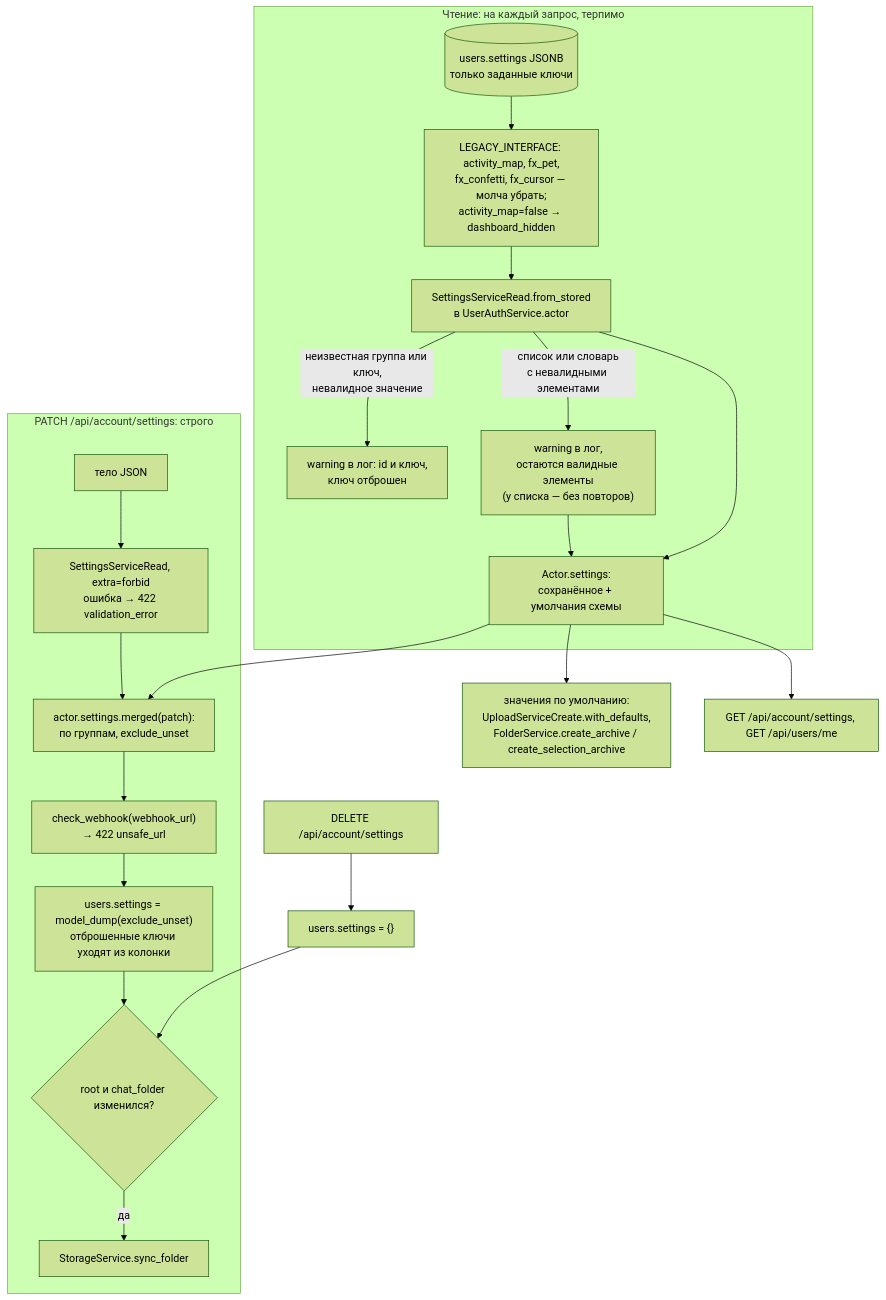
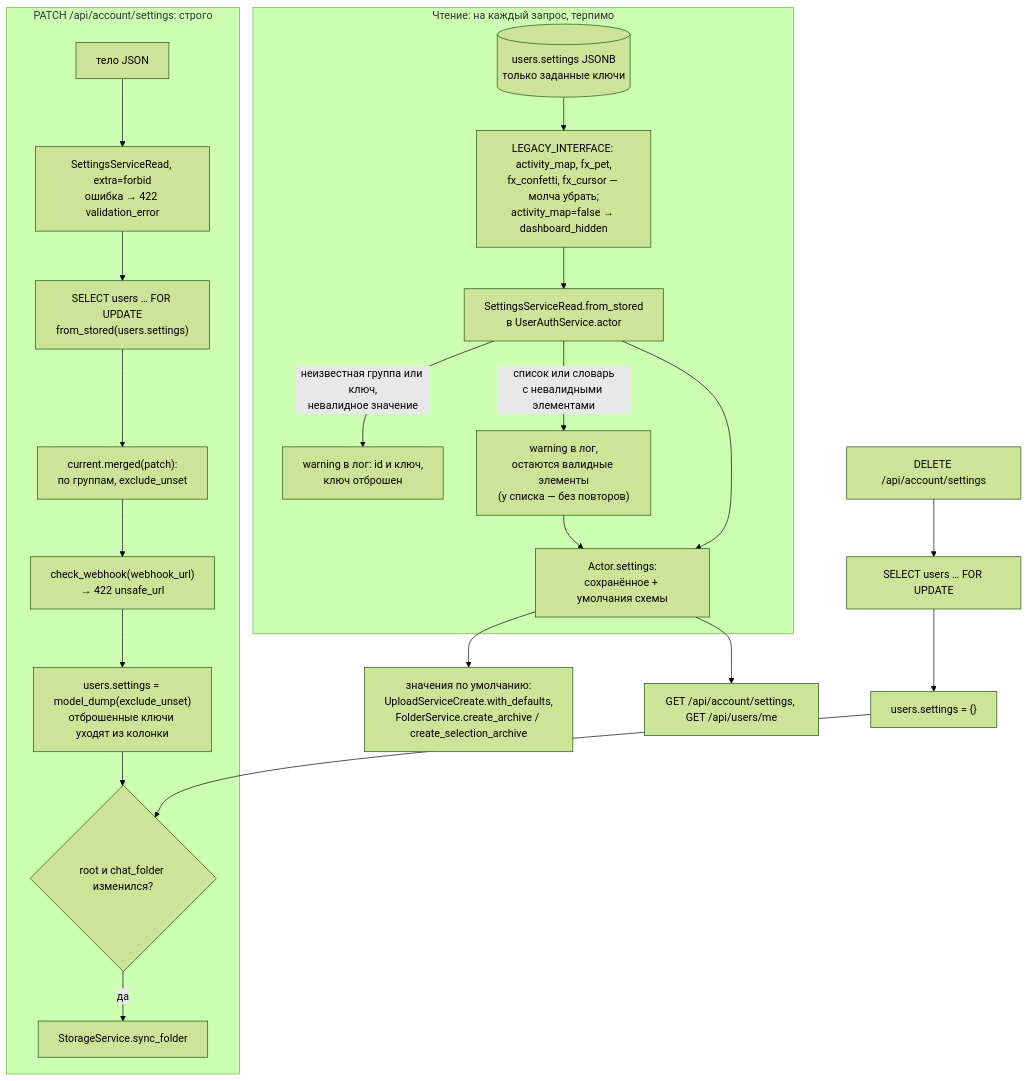
Before and after one commit to NikitkaZXC/tcloud-backend: the diagram in docs/flows/settings.md, drawn with Mermaid (forest theme). The commit also changed other lines of this file and 4 other files, not shown here.

Commit message:
fix: settings PATCH merges into the row locked FOR UPDATE so concurrent patches keep every key

````diff
--- a/docs/flows/settings.md
+++ b/docs/flows/settings.md
@@ -31,25 +31,25 @@
 ```mermaid
 flowchart TD
     subgraph load["Чтение: на каждый запрос, терпимо"]
         db[("users.settings JSONB<br/>только заданные ключи")]
         fs["SettingsServiceRead.from_stored<br/>в UserAuthService.actor"]
         db --> legacy["LEGACY_INTERFACE: activity_map, fx_pet,<br/>fx_confetti, fx_cursor — молча убрать;<br/>activity_map=false → dashboard_hidden"]
         legacy --> fs
         fs -->|"неизвестная группа или ключ,<br/>невалидное значение"| warn["warning в лог: id и ключ,<br/>ключ отброшен"]
         fs -->|"список или словарь<br/>с невалидными элементами"| items["warning в лог,<br/>остаются валидные элементы<br/>(у списка — без повторов)"]
         items --> actor
         fs --> actor["Actor.settings:<br/>сохранённое + умолчания схемы"]
     end
     subgraph write["PATCH /api/account/settings: строго"]
         body["тело JSON"] --> strict["SettingsServiceRead, extra=forbid<br/>ошибка → 422 validation_error"]
-        strict --> merge["actor.settings.merged(patch):<br/>по группам, exclude_unset"]
+        strict --> lock["SELECT users … FOR UPDATE<br/>from_stored(users.settings)"]
+        lock --> merge["current.merged(patch):<br/>по группам, exclude_unset"]
         merge --> wh["check_webhook(webhook_url)<br/>→ 422 unsafe_url"]
         wh --> save["users.settings = model_dump(exclude_unset)<br/>отброшенные ключи уходят из колонки"]
         save --> chg{"root и chat_folder изменился?"}
         chg -->|да| sync["StorageService.sync_folder"]
     end
-    reset["DELETE /api/account/settings"] --> zero["users.settings = {}"] --> chg
-    actor --> merge
+    reset["DELETE /api/account/settings"] --> lock2["SELECT users … FOR UPDATE"] --> zero["users.settings = {}"] --> chg
     actor --> use["значения по умолчанию:<br/>UploadServiceCreate.with_defaults,<br/>FolderService.create_archive / create_selection_archive"]
     actor --> me["GET /api/account/settings, GET /api/users/me"]
 ```
````
